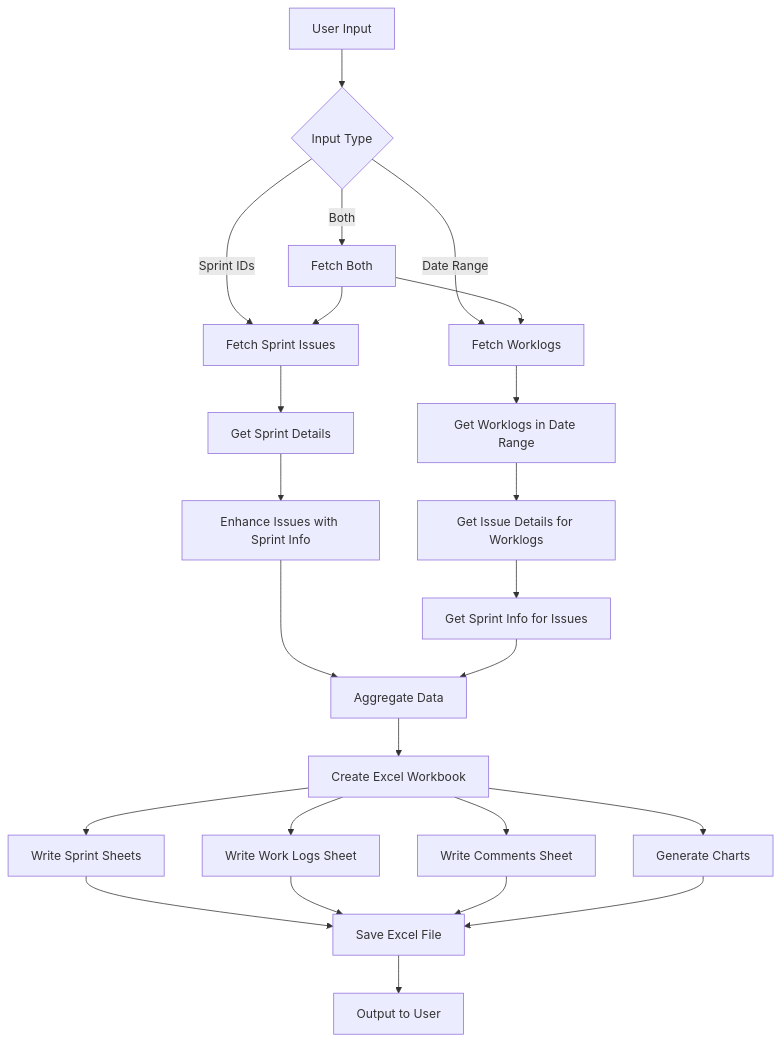
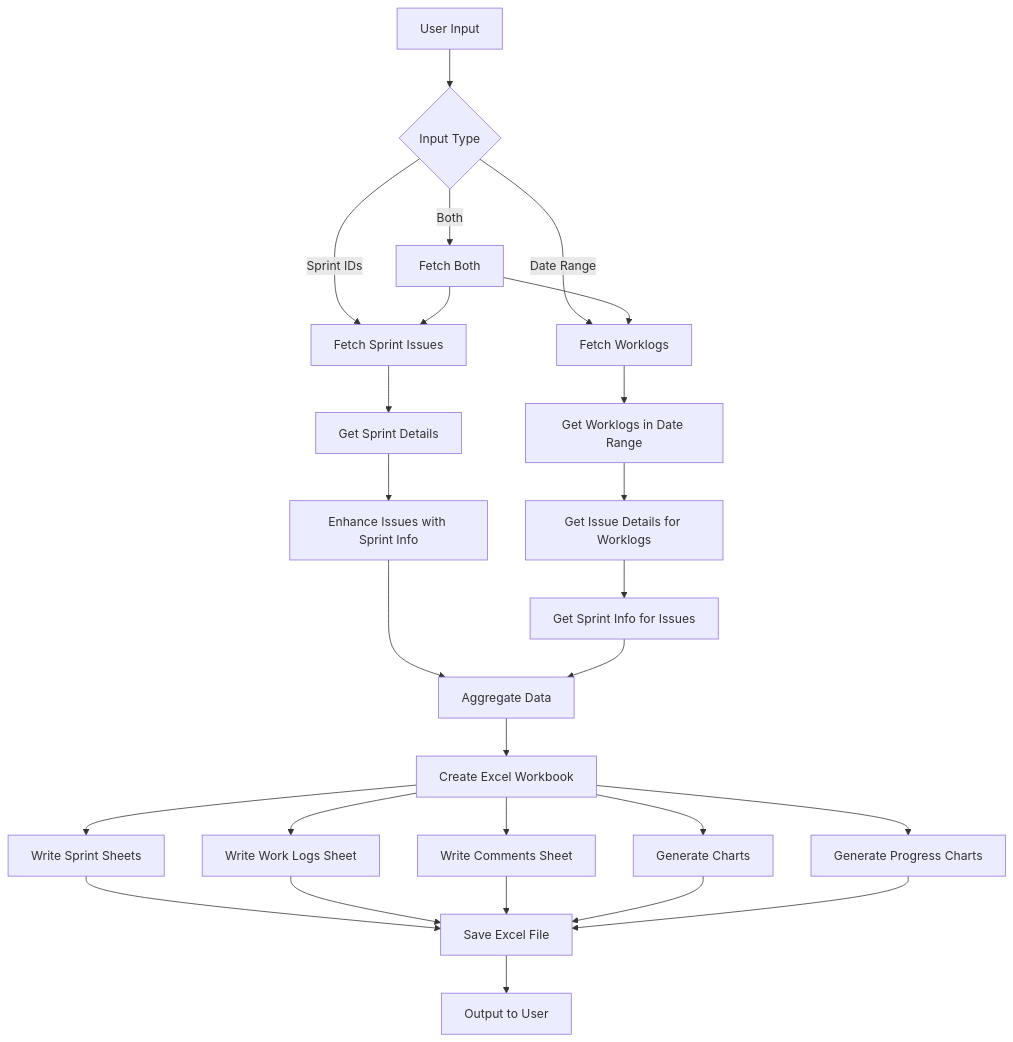
One commit to felipe-stanham/Jira-API-Extractor changed the fourth of 5 diagrams in docs/architecture.md. Above: the diagram before and after it, drawn with Mermaid. The commit also changed other lines of this file and 4 other files, not shown here.

````diff
--- a/docs/architecture.md
+++ b/docs/architecture.md
@@ -230,33 +272,35 @@
 ```mermaid
 flowchart TD
     A[User Input] --> B{Input Type}
     B -->|Sprint IDs| C[Fetch Sprint Issues]
     B -->|Date Range| D[Fetch Worklogs]
     B -->|Both| E[Fetch Both]
     
     C --> F[Get Sprint Details]
     F --> G[Enhance Issues with Sprint Info]
     
     D --> H[Get Worklogs in Date Range]
     H --> I[Get Issue Details for Worklogs]
     I --> J[Get Sprint Info for Issues]
     
     E --> C
     E --> D
     
     G --> K[Aggregate Data]
     J --> K
     
     K --> L[Create Excel Workbook]
     L --> M[Write Sprint Sheets]
     L --> N[Write Work Logs Sheet]
     L --> O[Write Comments Sheet]
     L --> P[Generate Charts]
+    L --> S[Generate Progress Charts]
     
     M --> Q[Save Excel File]
     N --> Q
     O --> Q
     P --> Q
+    S --> Q
     
     Q --> R[Output to User]
 ```
````
